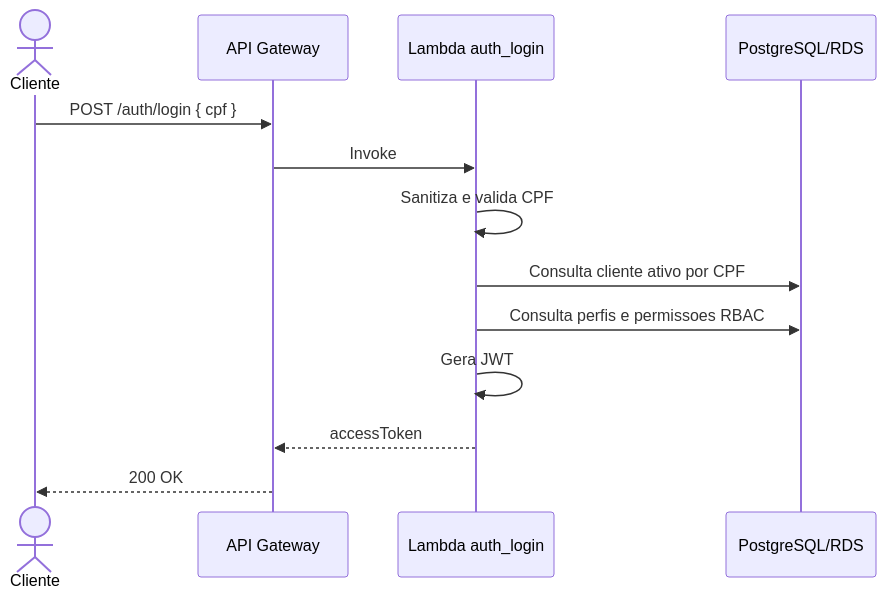
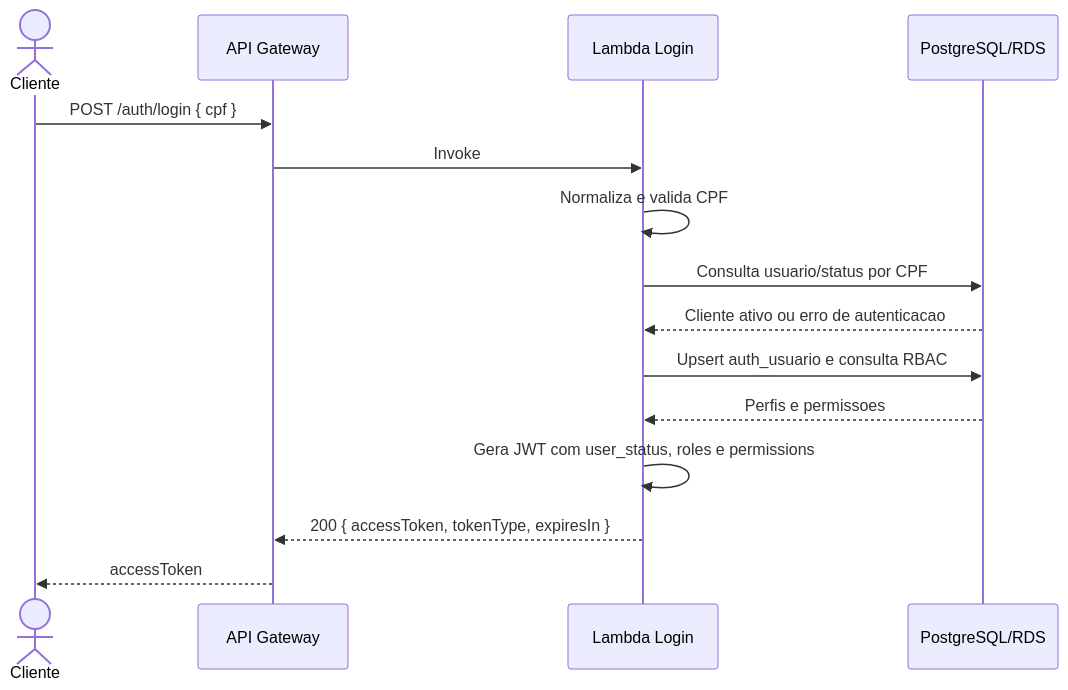
The first of 3 diagrams in README.md (PosTech15SOAT/numberone-app-auth), drawn with Mermaid before and after one commit. The commit also changed other lines of this file and 15 other files, not shown here.

Commit message:
docs: finalize auth flow deliverables

````diff
--- a/README.md
+++ b/README.md
@@ -55,16 +55,18 @@
 ```mermaid
 sequenceDiagram
     actor Cliente
     participant APIGW as API Gateway
-    participant Login as Lambda auth_login
+    participant Login as Lambda Login
     participant DB as PostgreSQL/RDS
 
     Cliente->>APIGW: POST /auth/login { cpf }
     APIGW->>Login: Invoke
-    Login->>Login: Sanitiza e valida CPF
-    Login->>DB: Consulta cliente ativo por CPF
-    Login->>DB: Consulta perfis e permissoes RBAC
-    Login->>Login: Gera JWT
-    Login-->>APIGW: accessToken
-    APIGW-->>Cliente: 200 OK
+    Login->>Login: Normaliza e valida CPF
+    Login->>DB: Consulta usuario/status por CPF
+    DB-->>Login: Cliente ativo ou erro de autenticacao
+    Login->>DB: Upsert auth_usuario e consulta RBAC
+    DB-->>Login: Perfis e permissoes
+    Login->>Login: Gera JWT com user_status, roles e permissions
+    Login-->>APIGW: 200 { accessToken, tokenType, expiresIn }
+    APIGW-->>Cliente: accessToken
 ```
````
